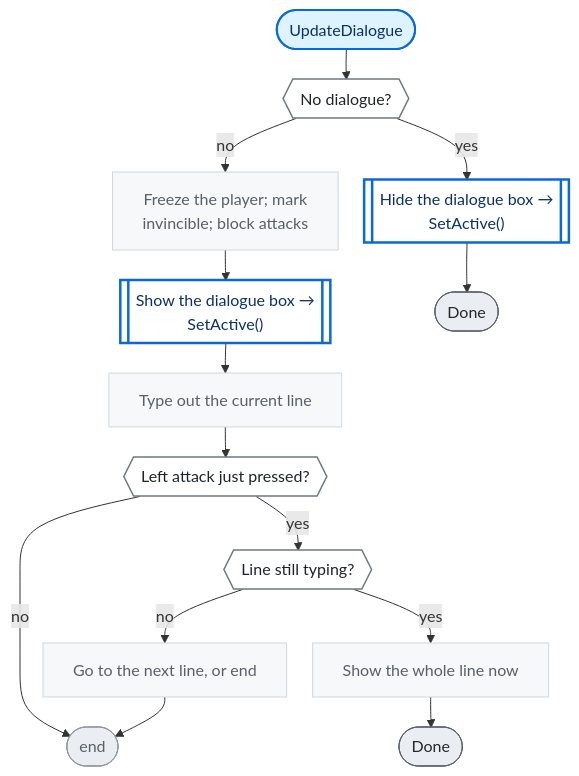
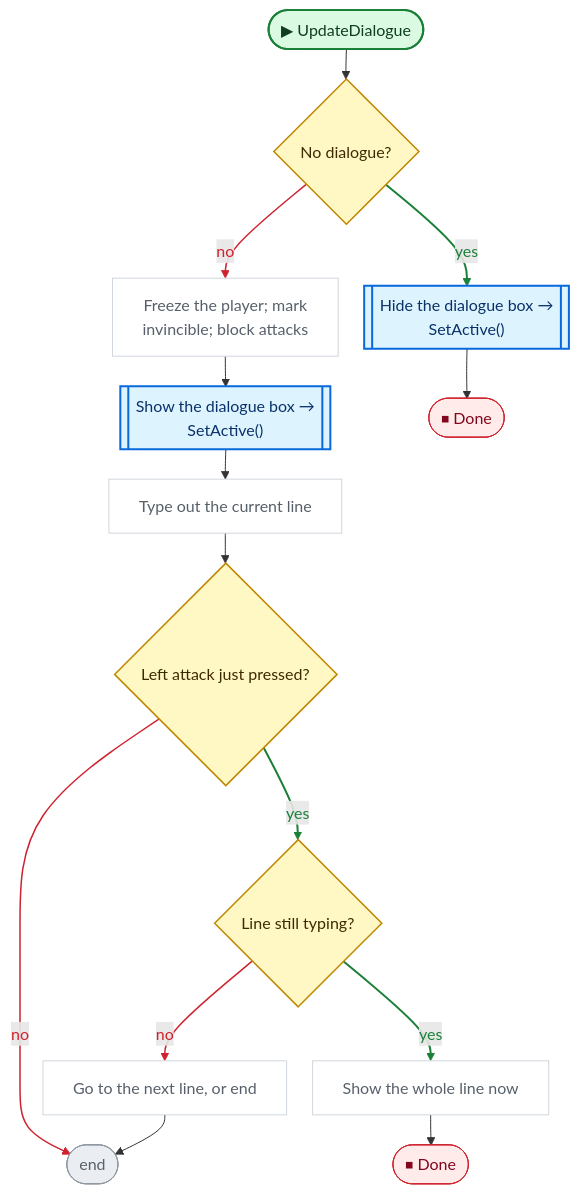
One commit to nataiai/Lord-of-the-Dungeon changed the sixth of 6 diagrams in CodeGraph~/graph/UI.cs.md. Above: the diagram before and after it, drawn with Mermaid. The commit also changed other lines of this file and 44 other files, not shown here.

````diff
--- a/CodeGraph~/graph/UI.cs.md
+++ b/CodeGraph~/graph/UI.cs.md
@@ -276,52 +292,62 @@
 ```mermaid
 ---
 config:
   flowchart:
     wrappingWidth: 260
     nodeSpacing: 26
     rankSpacing: 30
 ---
 flowchart TD
-  nS(["UpdateDialogue"])
-  ndcc209{{"No dialogue?"}}
+  nS(["▶ UpdateDialogue"])
+  ndcc209{"No dialogue?"}
   n08b799[["Hide the dialogue box →<br>SetActive()"]]
   nddaa24["Freeze the player; mark<br>invincible; block attacks"]
   n50711f[["Show the dialogue box →<br>SetActive()"]]
   ncbd7c9["Type out the current line"]
-  n52d4a9{{"Left attack just pressed?"}}
-  n41cf43{{"Line still typing?"}}
+  n52d4a9{"Left attack just pressed?"}
+  n41cf43{"Line still typing?"}
   n9fe583["Show the whole line now"]
   n8e6eb7["Go to the next line, or end"]
   nE(["end"])
-  nb2e4fc(["Done"])
-  n8ac8b5(["Done"])
+  nb2e4fc(["⏹ Done"])
+  n8ac8b5(["⏹ Done"])
   nS --> ndcc209
   n08b799 --> nb2e4fc
   ndcc209 -->|no| nddaa24
   ndcc209 -->|yes| n08b799
   nddaa24 --> n50711f
   n50711f --> ncbd7c9
   ncbd7c9 --> n52d4a9
   n52d4a9 -->|yes| n41cf43
   n9fe583 --> n8ac8b5
   n41cf43 -->|no| n8e6eb7
   n41cf43 -->|yes| n9fe583
   n8e6eb7 --> nE
   n52d4a9 -->|no| nE
-  classDef unity fill:#fff1c2,stroke:#9a6700,stroke-width:2px,color:#3b2300
-  classDef start fill:#ddf4ff,stroke:#0969da,stroke-width:2px,color:#0a3069
-  classDef calc fill:#f6f8fa,stroke:#d0d7de,color:#57606a
-  classDef calls fill:#ffffff,stroke:#0969da,stroke-width:2.5px,color:#0a3069
-  classDef cond fill:#ffffff,stroke:#6e7781,stroke-width:1.5px,color:#1f2328
-  classDef loop fill:#fbefff,stroke:#8250df,color:#3e1f79
-  classDef exit fill:#eaeef2,stroke:#57606a,color:#24292f
-  classDef wait fill:#fff8f0,stroke:#bc4c00,color:#4d1d00
+  linkStyle 2 stroke:#cf222e,stroke-width:1.5px,color:#cf222e
+  linkStyle 3 stroke:#1a7f37,stroke-width:2px,color:#1a7f37
+  linkStyle 7 stroke:#1a7f37,stroke-width:2px,color:#1a7f37
+  linkStyle 9 stroke:#cf222e,stroke-width:1.5px,color:#cf222e
+  linkStyle 10 stroke:#1a7f37,stroke-width:2px,color:#1a7f37
+  linkStyle 12 stroke:#cf222e,stroke-width:1.5px,color:#cf222e
+  classDef unity fill:#dafbe1,stroke:#1a7f37,stroke-width:2px,color:#0f3d1d
+  classDef start fill:#dafbe1,stroke:#1a7f37,stroke-width:2px,color:#0f3d1d
+  classDef calc fill:#ffffff,stroke:#d0d7de,color:#57606a
+  classDef calls fill:#ddf4ff,stroke:#0969da,stroke-width:2px,color:#0a3069
+  classDef ext fill:#ddf4ff,stroke:#0969da,stroke-width:2px,stroke-dasharray:5 3,color:#0a3069
+  classDef cond fill:#fff8c5,stroke:#bf8700,stroke-width:1.5px,color:#3d2a00
+  classDef loop fill:#f6f8fa,stroke:#57606a,color:#1f2328
+  classDef exit fill:#ffebe9,stroke:#cf222e,color:#82071e
+  classDef kill fill:#ffebe9,stroke:#cf222e,stroke-width:2px,color:#82071e
+  classDef spawn fill:#dafbe1,stroke:#1a7f37,stroke-width:2px,color:#0f3d1d
+  classDef wait fill:#fff1e5,stroke:#bc4c00,color:#4d1d00
   classDef fin fill:#eaeef2,stroke:#8c959f,color:#57606a
   classDef join fill:#d0d7de,stroke:#8c959f,color:#57606a
+  classDef ghdr fill:#f5f9ff,stroke:#f5f9ff,color:#0a3069,font-weight:bold
   class nddaa24,ncbd7c9,n9fe583,n8e6eb7 calc
   class n08b799,n50711f calls
   class ndcc209,n52d4a9,n41cf43 cond
   class nb2e4fc,n8ac8b5 exit
   class nE fin
   class nS start
 ```
````
